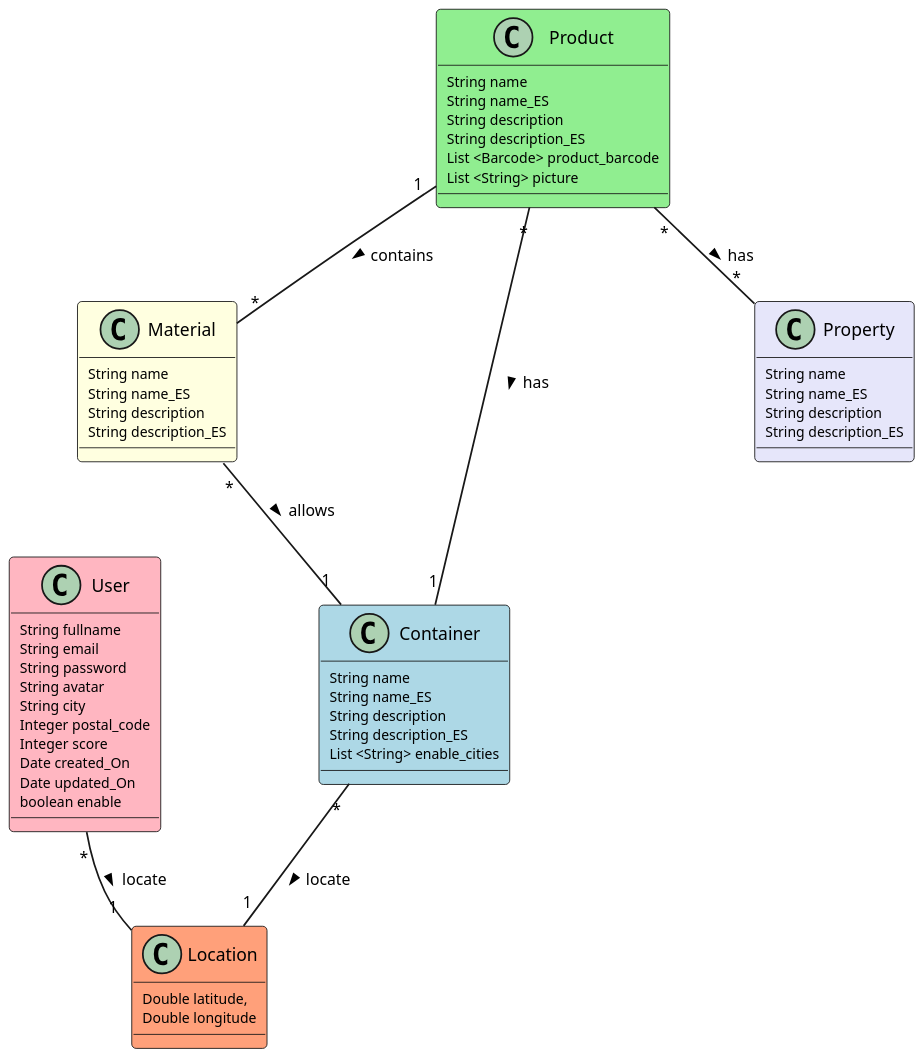
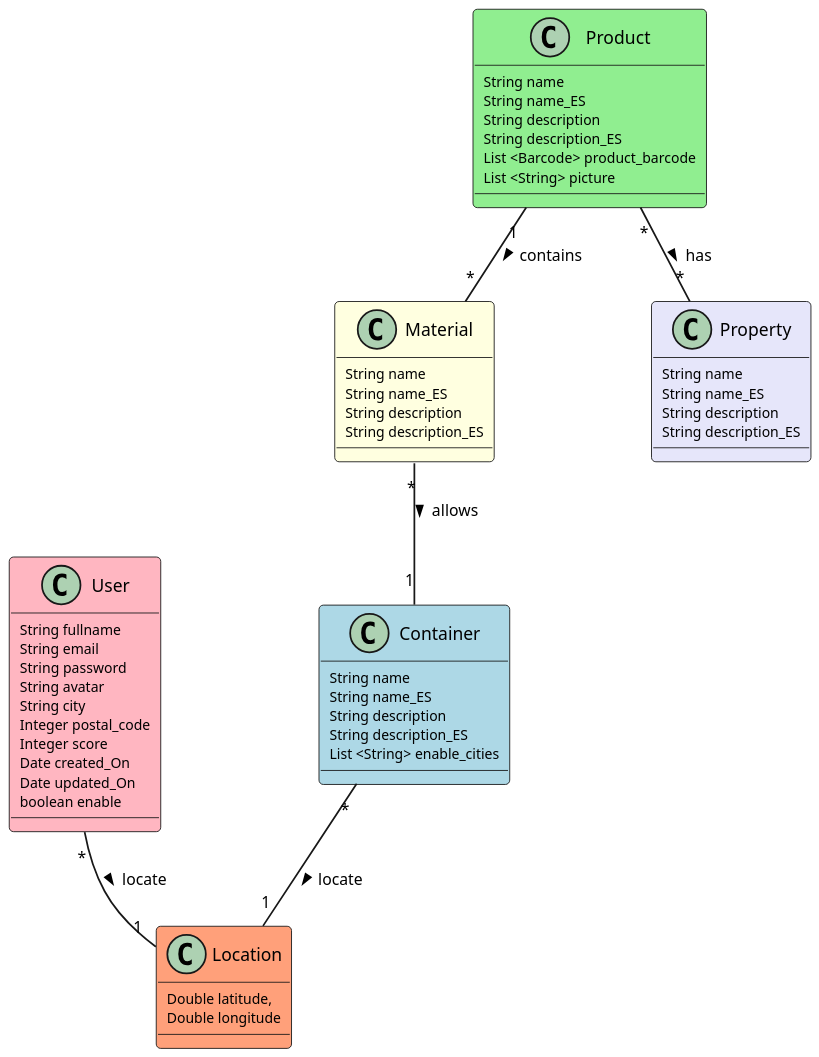
The diagram in class_diagram.puml (danielb05/reciclame), drawn with PlantUML before and after one commit.

Commit message:
UML UPDATE

```diff
--- a/class_diagram.puml
+++ b/class_diagram.puml
@@ -1,76 +1,75 @@
 @startuml
 skinparam dpi 200
 skinparam classAttributeFontSize 8
 skinparam classArrowFontSize 9
 skinparam classFontSize 10
 skinparam nodesep 90
 skinparam ranksep 40
 hide stereotype
 skinparam class {
 	BackgroundColor White
 	BackgroundColor<<User>> LightPink
 	BackgroundColor<<Container>> LightBlue
 	BackgroundColor<<Product>> LightGreen
 	BackgroundColor<<Material>> LightYellow
     BackgroundColor<<Size>> Crimson
 	BackgroundColor<<Location>> LightSalmon
 	BackgroundColor<<Property>> Lavender
 }
 
 class User <<User>>{
 	String fullname
 	String email
 	String password
 	String avatar
 	String city
 	Integer postal_code
 	Integer score
 	Date created_On
 	Date updated_On
 	boolean enable
 }
 
 class Location <<Location>>{
 	Double latitude,
 	Double longitude
 }
 
 class Material <<Material>>{
 	String name
 	String name_ES
 	String description
 	String description_ES
 
 }
 
 class Container <<Container>>{
 	String name
 	String name_ES
 	String description
 	String description_ES
 	List <String> enable_cities
 }
 
 class Product<<Product>>{
 	String name
 	String name_ES
 	String description
 	String description_ES
 	List <Barcode> product_barcode
 	List <String> picture
 }
 
 class Property <<Property>>{
 	String name
 	String name_ES
 	String description
 	String description_ES
 }
 
 Product "1" -- "*" Material: contains >
-Product "*" -- "1" Container: has >
 Product "*" -- "*" Property: has >
-User "*" -- "1" Location: locate > 
+User "*" -- "1" Location: locate >
 Material "*" -- "1" Container: allows >
 Container"*" -- "1" Location: locate >
 @enduml
```
